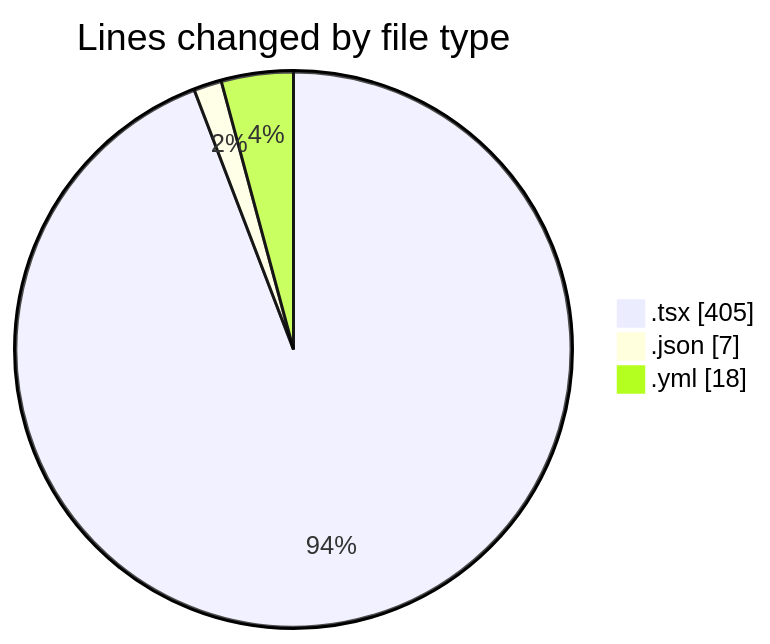
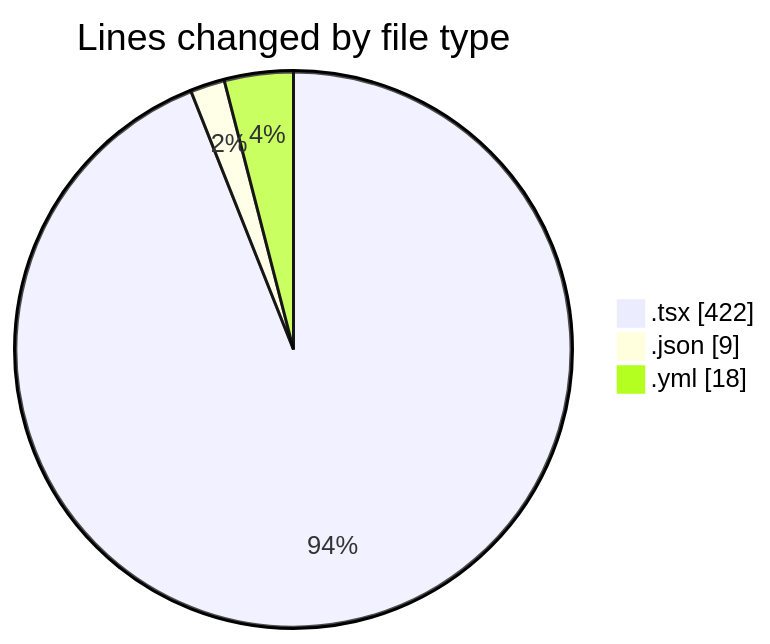
The first of 2 diagrams in 2025-11-27/eventscop-frontend-guide__workspace_/README.md (julien-gomy/code-tracking), drawn with Mermaid before and after one commit. The commit also changed other lines of this file and 1 other file, not shown here.

````diff
--- a/2025-11-27/eventscop-frontend-guide__workspace_/README.md
+++ b/2025-11-27/eventscop-frontend-guide__workspace_/README.md
@@ -27,7 +27,7 @@
 ```mermaid
 pie showData
 title Lines changed by file type
-".tsx" : 405
-".json" : 7
+".tsx" : 422
+".json" : 9
 ".yml" : 18
 ```
````
